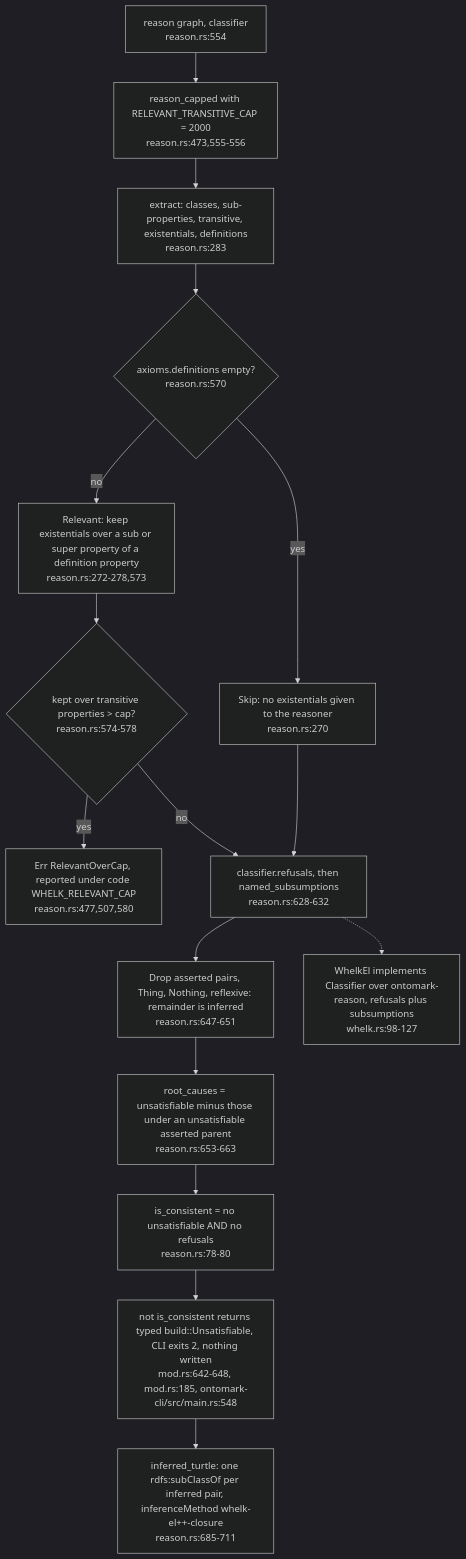
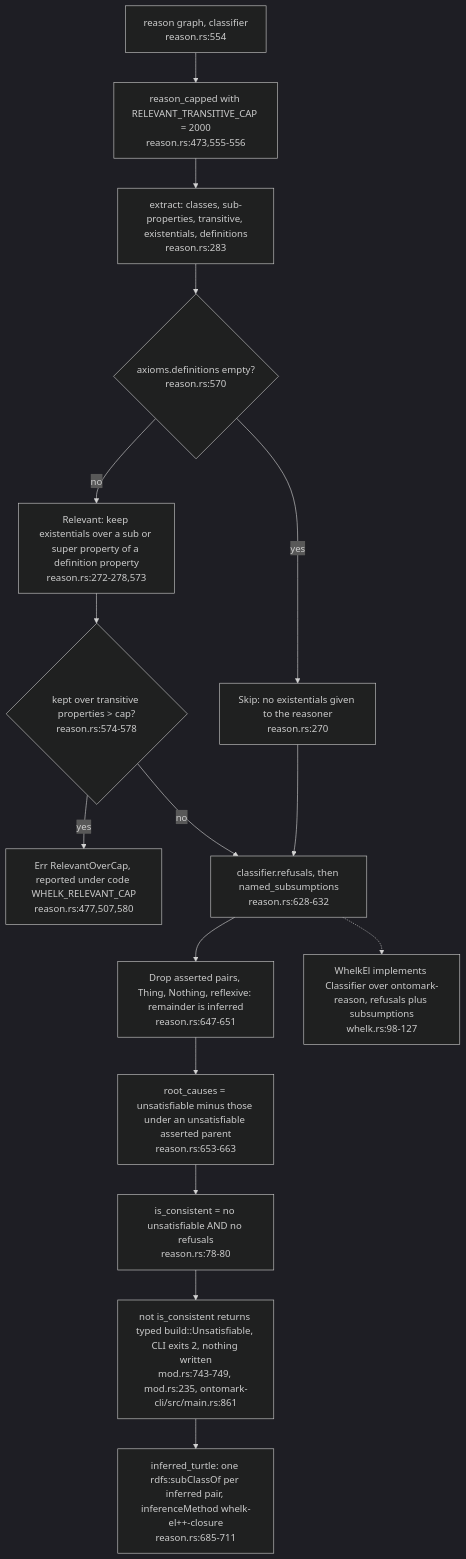
One commit to DreamLab-AI/VisionFlow changed the third of 7 diagrams in docs/diagrams/ontomark/04-emitters-turtle-indexes-tiers-and-contract-c3.md. Above: the diagram before and after it, drawn with Mermaid (dark theme). The commit also changed other lines of this file and 160 other files, not shown here.

````diff
--- a/docs/diagrams/ontomark/04-emitters-turtle-indexes-tiers-and-contract-c3.md
+++ b/docs/diagrams/ontomark/04-emitters-turtle-indexes-tiers-and-contract-c3.md
@@ -99,27 +107,27 @@
 ```mermaid
 flowchart TD
     ENTRY["reason graph, classifier<br/>reason.rs:554"]
     CAPD["reason_capped with RELEVANT_TRANSITIVE_CAP = 2000<br/>reason.rs:473,555-556"]
     EXTR["extract: classes, sub-properties, transitive, existentials, definitions<br/>reason.rs:283"]
     NODEF{"axioms.definitions empty?<br/>reason.rs:570"}
     SKIP["Skip: no existentials given to the reasoner<br/>reason.rs:270"]
     KEEP["Relevant: keep existentials over a sub or super property of a definition property<br/>reason.rs:272-278,573"]
     OVER{"kept over transitive properties > cap?<br/>reason.rs:574-578"}
     ERR["Err RelevantOverCap, reported under code WHELK_RELEVANT_CAP<br/>reason.rs:477,507,580"]
     CLASSIFY["classifier.refusals, then named_subsumptions<br/>reason.rs:628-632"]
     SPLIT["Drop asserted pairs, Thing, Nothing, reflexive: remainder is inferred<br/>reason.rs:647-651"]
     ROOTS["root_causes = unsatisfiable minus those under an unsatisfiable asserted parent<br/>reason.rs:653-663"]
-    GATE["not is_consistent returns typed build::Unsatisfiable, CLI exits 2, nothing written<br/>mod.rs:642-648, mod.rs:185, ontomark-cli/src/main.rs:548"]
+    GATE["not is_consistent returns typed build::Unsatisfiable, CLI exits 2, nothing written<br/>mod.rs:743-749, mod.rs:235, ontomark-cli/src/main.rs:861"]
     CONS["is_consistent = no unsatisfiable AND no refusals<br/>reason.rs:78-80"]
     INFTTL["inferred_turtle: one rdfs:subClassOf per inferred pair, inferenceMethod whelk-el++-closure<br/>reason.rs:685-711"]
     WH["WhelkEl implements Classifier over ontomark-reason, refusals plus subsumptions<br/>whelk.rs:98-127"]
     ENTRY --> CAPD --> EXTR --> NODEF
     NODEF -- yes --> SKIP
     NODEF -- no --> KEEP --> OVER
     OVER -- yes --> ERR
     OVER -- no --> CLASSIFY
     SKIP --> CLASSIFY
     CLASSIFY --> SPLIT --> ROOTS --> CONS --> GATE
     GATE --> INFTTL
     CLASSIFY -.-> WH
 ```
````
